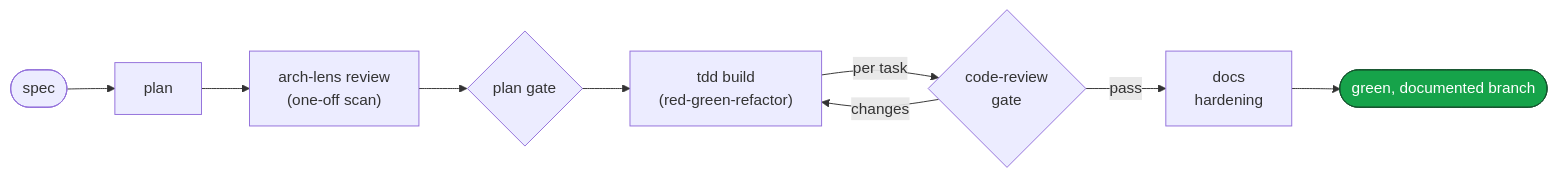
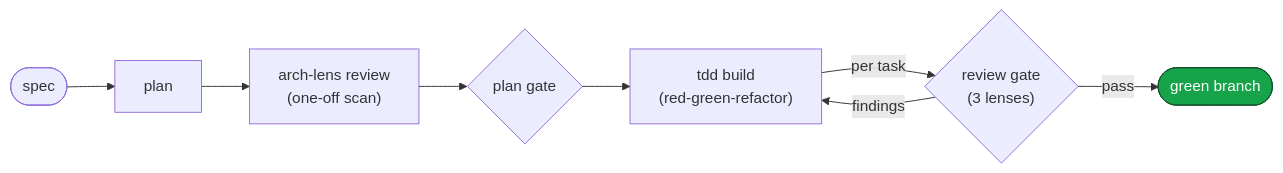
The sixth of 6 diagrams in README.md (dashworthy/engineering), drawn with Mermaid before and after one commit. The commit also changed other lines of this file and 20 other files, not shown here.

First line of the commit message:
Review a change through three lenses; retire the separate comment-rewriting step (#82)

````diff
--- a/README.md
+++ b/README.md
@@ -148,13 +151,12 @@
 ```mermaid
 flowchart LR
     classDef done fill:#16a34a,stroke:#14532d,color:#fff
 
     SPEC(["spec"]) --> P["plan"]
     P --> RV["arch-lens review<br/>(one-off scan)"]
     RV --> PG{"plan gate"}
     PG --> B["tdd build<br/>(red-green-refactor)"]
-    B -->|"per task"| R{"code-review<br/>gate"}
-    R -->|"changes"| B
-    R -->|"pass"| DOC["docs<br/>hardening"]
-    DOC --> DONE(["green, documented branch"]):::done
+    B -->|"per task"| R{"review gate<br/>(3 lenses)"}
+    R -->|"findings"| B
+    R -->|"pass"| DONE(["green branch"]):::done
 ```
````
